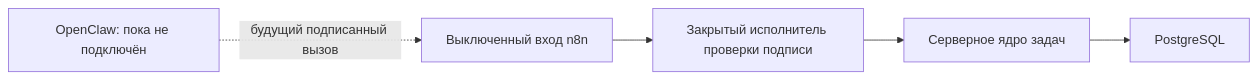
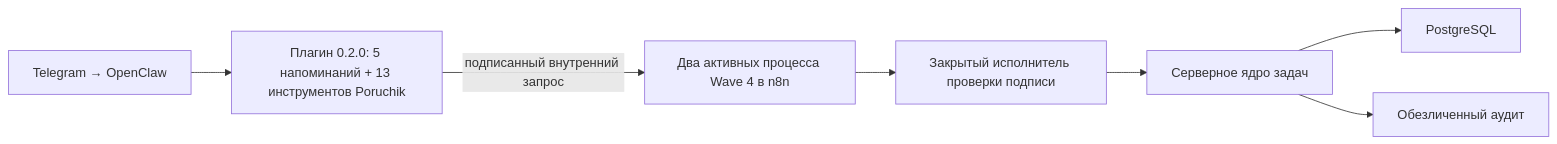
Before and after one commit to DmtrGoltsev/ObsidianVault: the diagram in 02_Знания/Пакеты_контекста/N8NAgents/Android_приложение/12_Интеграция_OpenClaw_n8n_Wave_4.md, drawn with Mermaid. The commit also changed other lines of this file and 9 other files, not shown here.

Commit message:
docs: зафиксировать production PASS Poruchik Wave 4

````diff
--- a/02_Знания/Пакеты_контекста/N8NAgents/Android_приложение/12_Интеграция_OpenClaw_n8n_Wave_4.md
+++ b/02_Знания/Пакеты_контекста/N8NAgents/Android_приложение/12_Интеграция_OpenClaw_n8n_Wave_4.md
@@ -67,7 +67,9 @@
 ```mermaid
 flowchart LR
-    A["OpenClaw: пока не подключён"] -. "будущий подписанный вызов" .-> B["Выключенный вход n8n"]
-    B --> C["Закрытый исполнитель проверки подписи"]
-    C --> D["Серверное ядро задач"]
-    D --> E["PostgreSQL"]
+    A["Telegram → OpenClaw"] --> B["Плагин 0.2.0: 5 напоминаний + 13 инструментов Poruchik"]
+    B -->|"подписанный внутренний запрос"| C["Два активных процесса Wave 4 в n8n"]
+    C --> D["Закрытый исполнитель проверки подписи"]
+    D --> E["Серверное ядро задач"]
+    E --> F["PostgreSQL"]
+    E --> G["Обезличенный аудит"]
 ```
````
